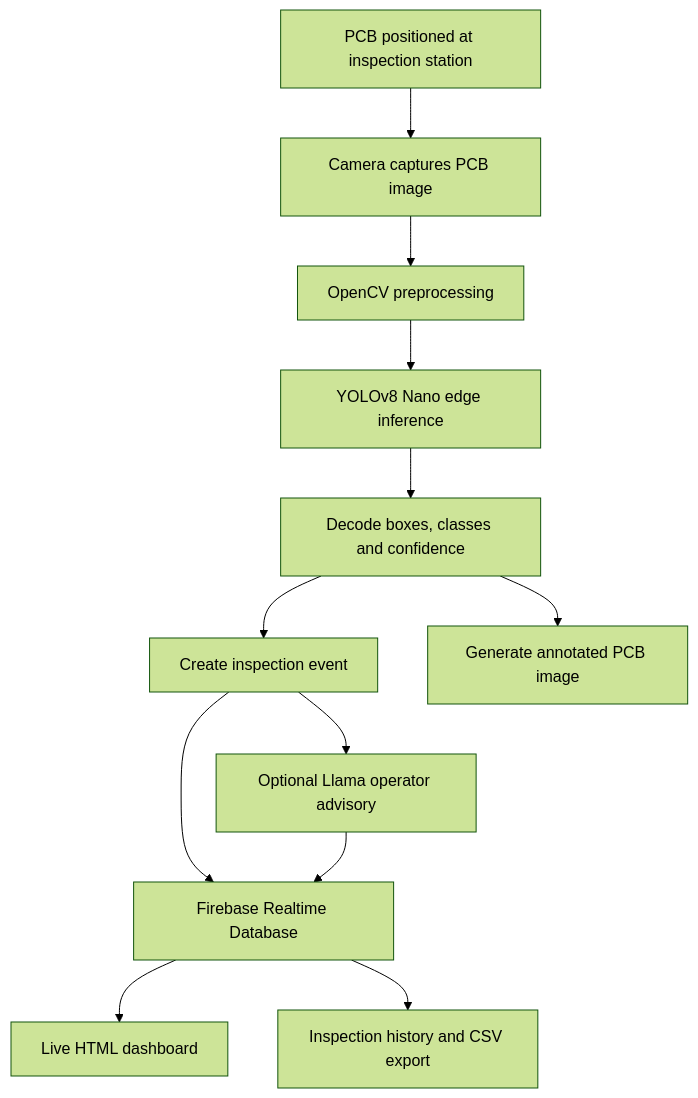
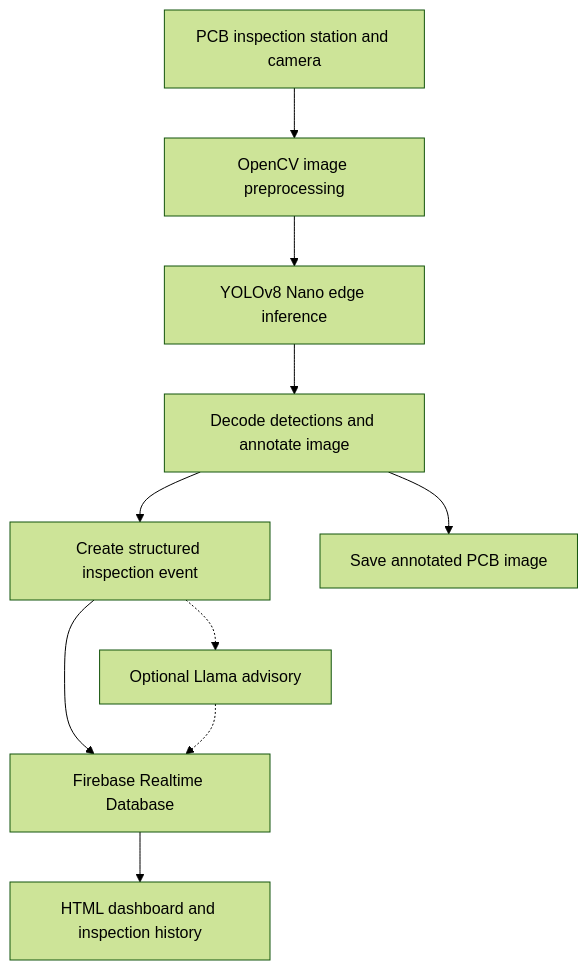
Before and after one commit to MathewsV-Manoj/pcb-defect-detection: the diagram in README.md, drawn with Mermaid (forest theme). The commit also changed other lines of this file, not shown here.

Commit message:
Embed visual inspection flowchart in project README

````diff
--- a/README.md
+++ b/README.md
@@ -92,14 +99,12 @@
 ```mermaid
 flowchart TD
-    A[PCB positioned at inspection station] --> B[Camera captures PCB image]
-    B --> C[OpenCV preprocessing]
-    C --> D[YOLOv8 Nano edge inference]
-    D --> E[Decode boxes, classes and confidence]
-    E --> F[Create inspection event]
-    E --> G[Generate annotated PCB image]
-    F --> H[Optional Llama operator advisory]
-    F --> I[Firebase Realtime Database]
-    H --> I
-    I --> J[Live HTML dashboard]
-    I --> K[Inspection history and CSV export]
+    A[PCB inspection station and camera] --> B[OpenCV image preprocessing]
+    B --> C[YOLOv8 Nano edge inference]
+    C --> D[Decode detections and annotate image]
+    D --> E[Create structured inspection event]
+    E --> F[Firebase Realtime Database]
+    F --> G[HTML dashboard and inspection history]
+    D --> H[Save annotated PCB image]
+    E -.-> I[Optional Llama advisory]
+    I -.-> F
 ```
````
